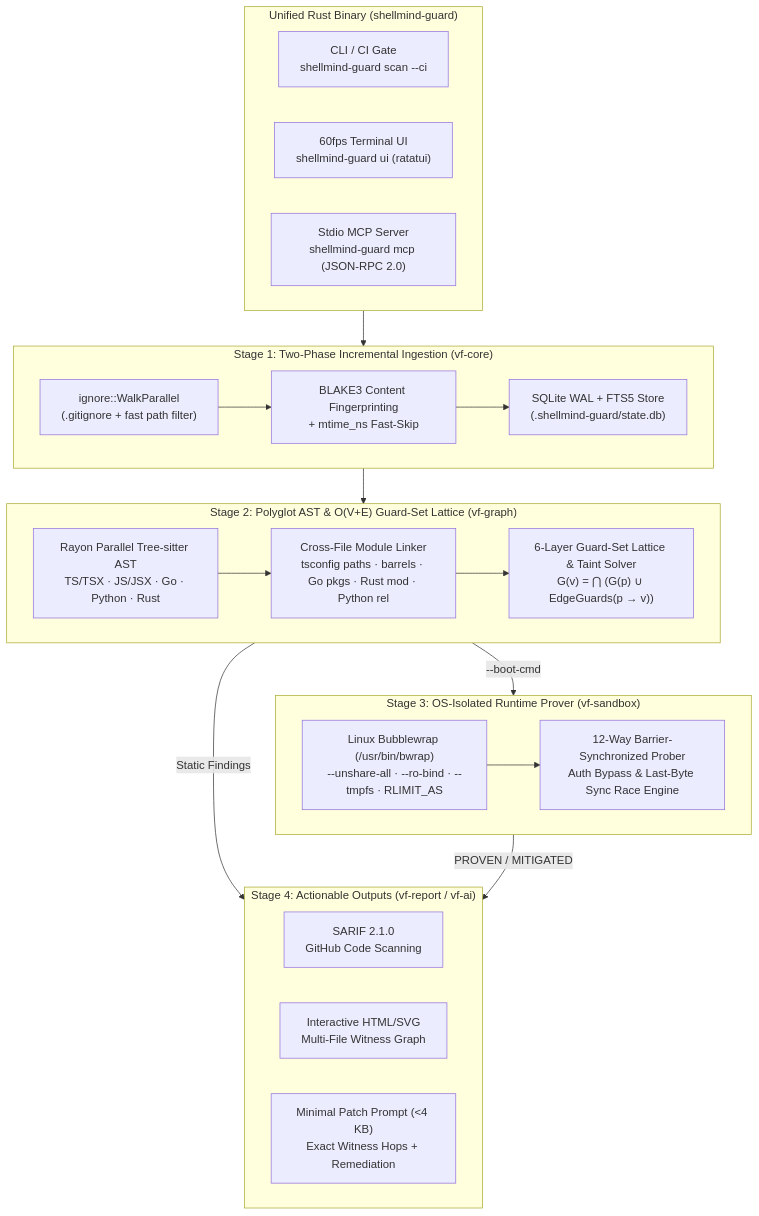
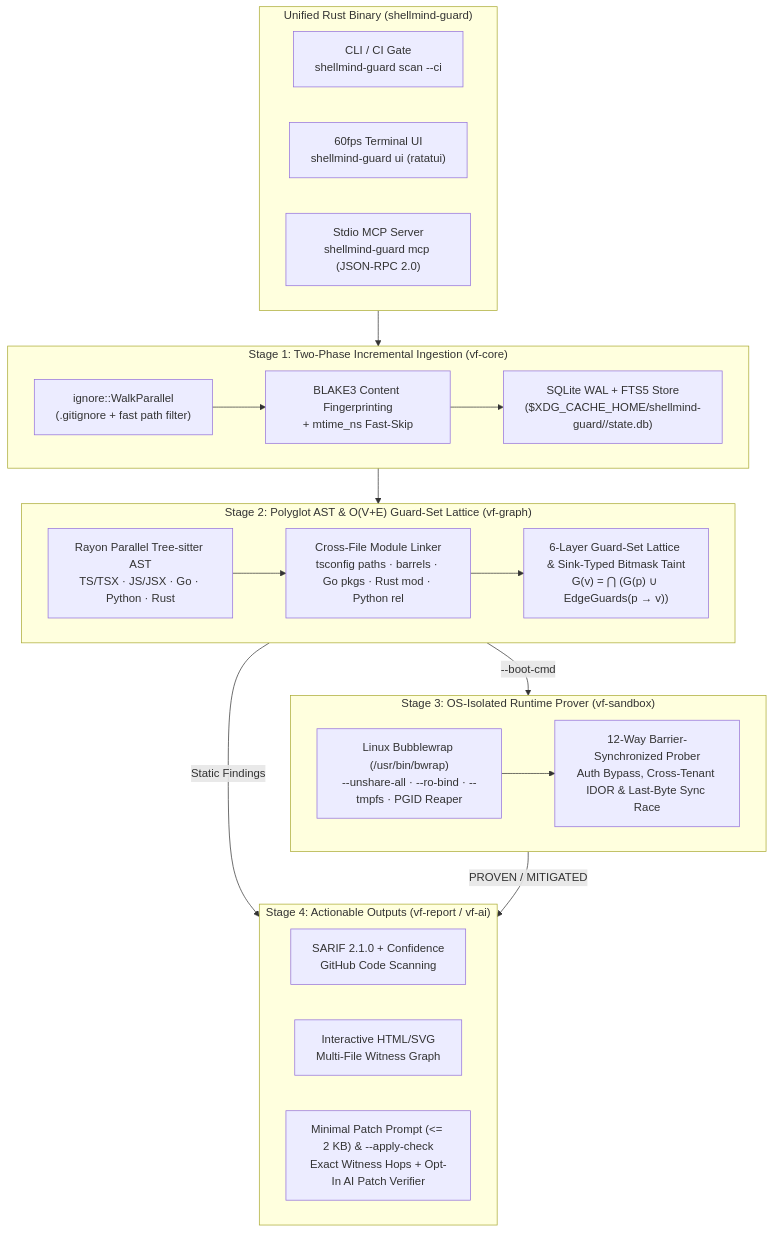
The diagram in README.md (qira-dev/ShellMind-Guard), drawn with Mermaid before and after one commit. The commit also changed other lines of this file and 25 other files, not shown here.

Commit message:
feat(phase6): add confidence tiers, bitmask taint (XSS/CSRF), JWT logic rules, live IDOR bwrap probe, and --apply-check AI verifier

````diff
--- a/README.md
+++ b/README.md
@@ -43,39 +43,39 @@
 ```mermaid
 flowchart TD
     subgraph CLI["Unified Rust Binary (shellmind-guard)"]
         A1["CLI / CI Gate\nshellmind-guard scan --ci"]
         A2["60fps Terminal UI\nshellmind-guard ui (ratatui)"]
         A3["Stdio MCP Server\nshellmind-guard mcp (JSON-RPC 2.0)"]
     end
 
     subgraph S1["Stage 1: Two-Phase Incremental Ingestion (vf-core)"]
         B1["ignore::WalkParallel\n(.gitignore + fast path filter)"]
         B2["BLAKE3 Content Fingerprinting\n+ mtime_ns Fast-Skip"]
-        B3["SQLite WAL + FTS5 Store\n(.shellmind-guard/state.db)"]
+        B3["SQLite WAL + FTS5 Store\n($XDG_CACHE_HOME/shellmind-guard/<hash>/state.db)"]
         B1 --> B2 --> B3
     end
 
     subgraph S2["Stage 2: Polyglot AST & O(V+E) Guard-Set Lattice (vf-graph)"]
         C1["Rayon Parallel Tree-sitter AST\nTS/TSX · JS/JSX · Go · Python · Rust"]
         C2["Cross-File Module Linker\ntsconfig paths · barrels · Go pkgs · Rust mod · Python rel"]
-        C3["6-Layer Guard-Set Lattice & Taint Solver\nG(v) = ⋂ (G(p) ∪ EdgeGuards(p → v))"]
+        C3["6-Layer Guard-Set Lattice & Sink-Typed Bitmask Taint\nG(v) = ⋂ (G(p) ∪ EdgeGuards(p → v))"]
         C1 --> C2 --> C3
     end
 
     subgraph S3["Stage 3: OS-Isolated Runtime Prover (vf-sandbox)"]
-        D1["Linux Bubblewrap (/usr/bin/bwrap)\n--unshare-all · --ro-bind · --tmpfs · RLIMIT_AS"]
-        D2["12-Way Barrier-Synchronized Prober\nAuth Bypass & Last-Byte Sync Race Engine"]
+        D1["Linux Bubblewrap (/usr/bin/bwrap)\n--unshare-all · --ro-bind · --tmpfs · PGID Reaper"]
+        D2["12-Way Barrier-Synchronized Prober\nAuth Bypass, Cross-Tenant IDOR & Last-Byte Sync Race"]
         D1 --> D2
     end
 
     subgraph S4["Stage 4: Actionable Outputs (vf-report / vf-ai)"]
-        E1["SARIF 2.1.0\nGitHub Code Scanning"]
+        E1["SARIF 2.1.0 + Confidence\nGitHub Code Scanning"]
         E2["Interactive HTML/SVG\nMulti-File Witness Graph"]
-        E3["Minimal Patch Prompt (<4 KB)\nExact Witness Hops + Remediation"]
+        E3["Minimal Patch Prompt (<= 2 KB) & --apply-check\nExact Witness Hops + Opt-In AI Patch Verifier"]
     end
 
     CLI --> S1 --> S2
     S2 -->|"Static Findings"| S4
     S2 -->|"--boot-cmd"| S3
     S3 -->|"PROVEN / MITIGATED"| S4
 ```
````
